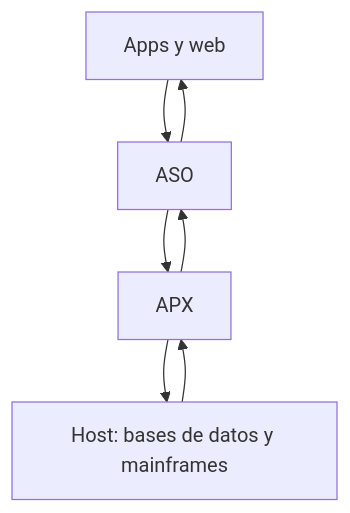
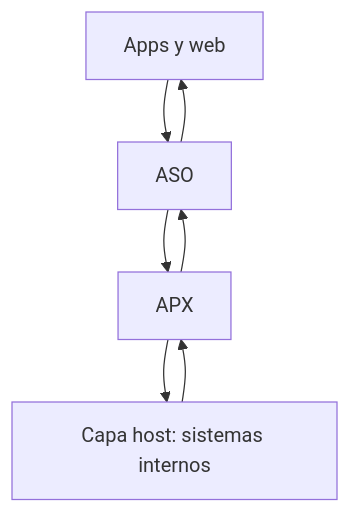
Before and after one commit to kimografico/wiki-dev: the diagram in content/glosario/apx.md, drawn with Mermaid. The commit also changed other lines of this file and 21 other files, not shown here.

````diff
--- a/content/glosario/apx.md
+++ b/content/glosario/apx.md
@@ -17,9 +17,9 @@
 ```mermaid
 flowchart TD
   Canales[Apps y web] --> ASO["ASO"]
   ASO --> APX[APX]
-  APX --> Host["Host: bases de datos y mainframes"]
+  APX --> Host["Capa host: sistemas internos"]
   Host --> APX
   APX --> ASO
   ASO --> Canales
 ```
````
